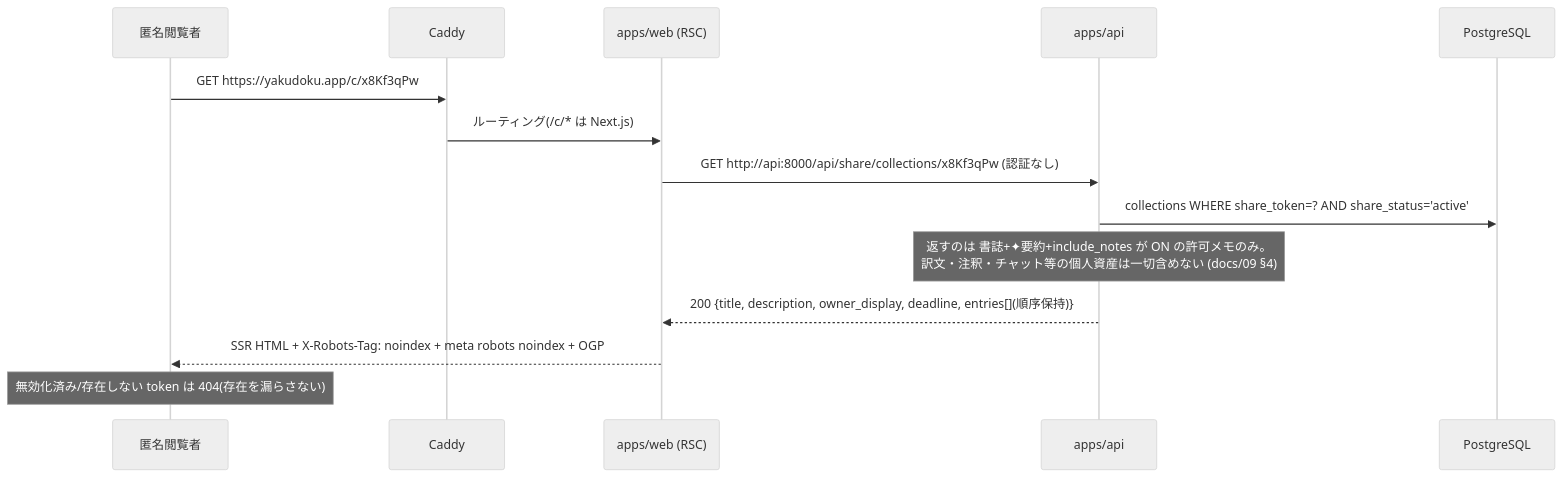
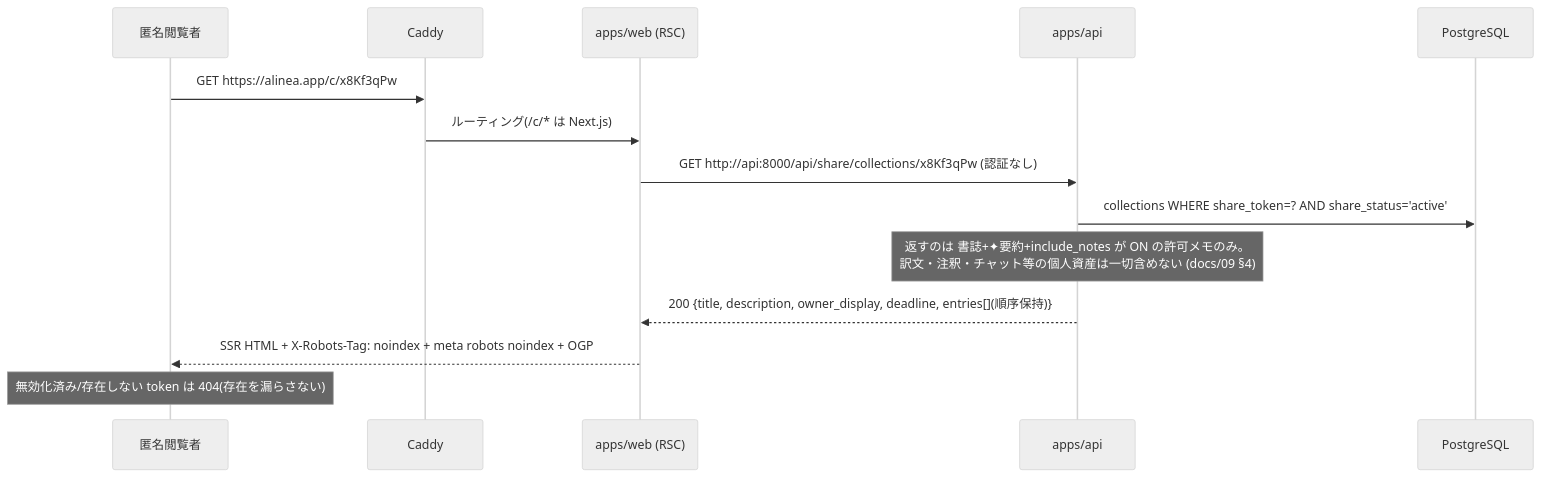
Before and after one commit to frkake/alinea: the sixth of 6 diagrams in plans/01-architecture.md, drawn with Mermaid (neutral theme). The commit also changed other lines of this file and 750 other files, not shown here.

````diff
--- a/plans/01-architecture.md
+++ b/plans/01-architecture.md
@@ -230,17 +230,17 @@
 ```mermaid
 sequenceDiagram
     participant ANON as 匿名閲覧者
     participant CADDY as Caddy
     participant WEB as apps/web (RSC)
     participant API as apps/api
     participant PG as PostgreSQL
 
-    ANON->>CADDY: GET https://yakudoku.app/c/x8Kf3qPw
+    ANON->>CADDY: GET https://alinea.app/c/x8Kf3qPw
     CADDY->>WEB: ルーティング(/c/* は Next.js)
     WEB->>API: GET http://api:8000/api/share/collections/x8Kf3qPw (認証なし)
     API->>PG: collections WHERE share_token=? AND share_status='active'
     Note over API: 返すのは 書誌+✦要約+include_notes が ON の許可メモのみ。<br/>訳文・注釈・チャット等の個人資産は一切含めない (docs/09 §4)
     API-->>WEB: 200 {title, description, owner_display, deadline, entries[](順序保持)}
     WEB-->>ANON: SSR HTML + X-Robots-Tag: noindex + meta robots noindex + OGP
     Note over ANON: 無効化済み/存在しない token は 404(存在を漏らさない)
 ```
````
